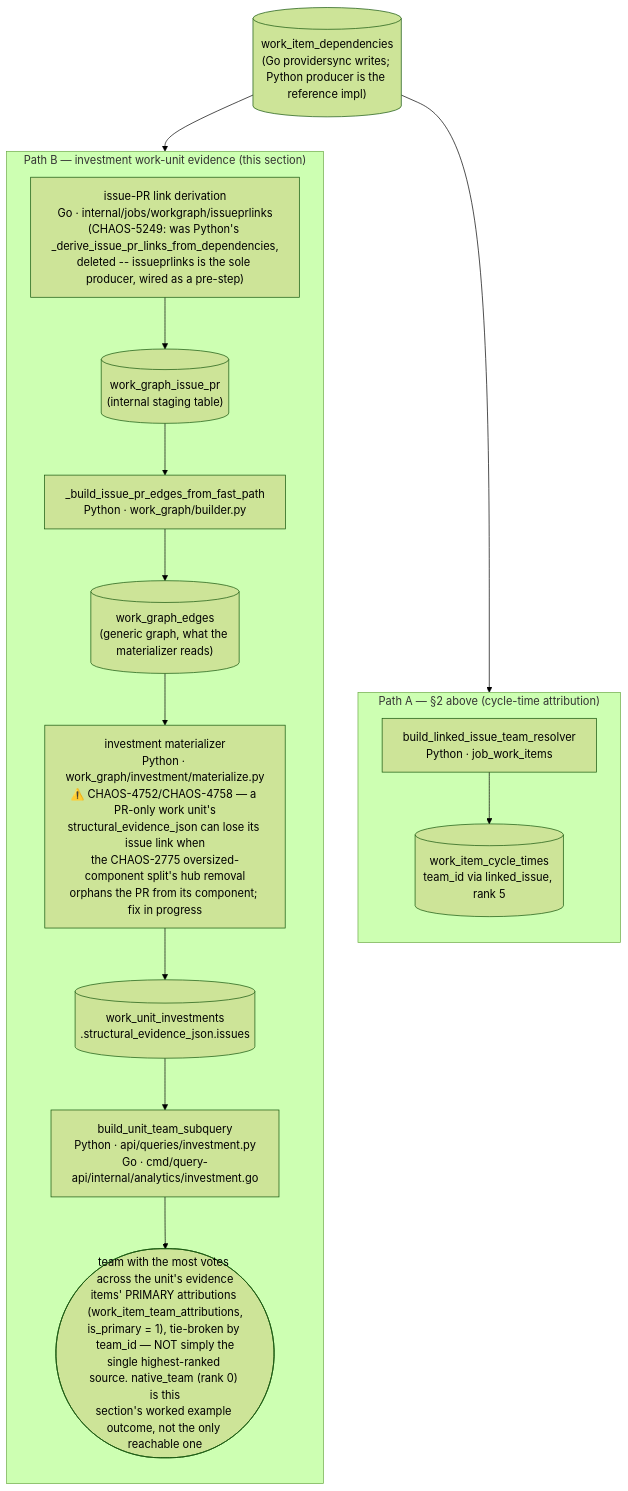
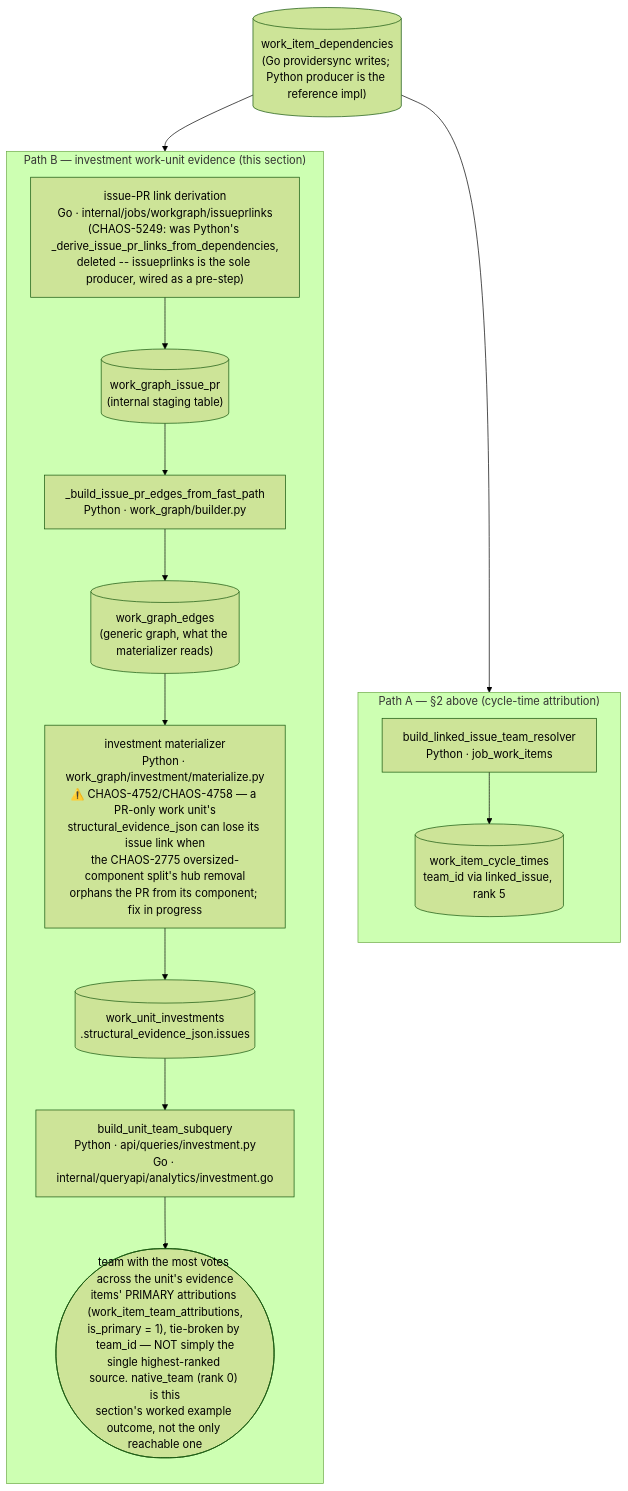
The fifth of 9 diagrams in docs/contribute/architecture/team-attribution.md (full-chaos/dev-health-ops), drawn with Mermaid (forest theme) before and after one commit. The commit also changed other lines of this file and 980 other files, not shown here.

First line of the commit message:
refactor(api): CHAOS-6432 move query-api internal packages to internal/queryapi

````diff
--- a/docs/contribute/architecture/team-attribution.md
+++ b/docs/contribute/architecture/team-attribution.md
@@ -1466,27 +1466,27 @@
 ```mermaid
 flowchart TD
     WID[("work_item_dependencies<br/>(Go providersync writes; Python producer is the reference impl)")]
 
     subgraph PathA["Path A — §2 above (cycle-time attribution)"]
         direction TB
         BuildResolver["build_linked_issue_team_resolver<br/>Python · job_work_items"]
         CycleTimes[("work_item_cycle_times<br/>team_id via linked_issue, rank 5")]
         BuildResolver --> CycleTimes
     end
 
     subgraph PathB["Path B — investment work-unit evidence (this section)"]
         direction TB
         Derive["issue-PR link derivation<br/>Go · internal/jobs/workgraph/issueprlinks<br/>(CHAOS-5249: was Python's _derive_issue_pr_links_from_dependencies,<br/>deleted -- issueprlinks is the sole producer, wired as a pre-step)"]
         WGIP[("work_graph_issue_pr<br/>(internal staging table)")]
         FastPath["_build_issue_pr_edges_from_fast_path<br/>Python · work_graph/builder.py"]
         WGE[("work_graph_edges<br/>(generic graph, what the materializer reads)")]
         Materialize["investment materializer<br/>Python · work_graph/investment/materialize.py<br/>⚠️ CHAOS-4752/CHAOS-4758 — a PR-only work unit's<br/>structural_evidence_json can lose its issue link when<br/>the CHAOS-2775 oversized-component split's hub removal<br/>orphans the PR from its component; fix in progress"]
         SEJ[("work_unit_investments<br/>.structural_evidence_json.issues")]
-        UnitTeam["build_unit_team_subquery<br/>Python · api/queries/investment.py<br/>Go · cmd/query-api/internal/analytics/investment.go"]
+        UnitTeam["build_unit_team_subquery<br/>Python · api/queries/investment.py<br/>Go · internal/queryapi/analytics/investment.go"]
         Resolved(["team with the most votes across the unit's evidence<br/>items' PRIMARY attributions (work_item_team_attributions,<br/>is_primary = 1), tie-broken by team_id — NOT simply the<br/>single highest-ranked source. native_team (rank 0) is this<br/>section's worked example outcome, not the only reachable one"])
         Derive --> WGIP --> FastPath --> WGE --> Materialize --> SEJ --> UnitTeam --> Resolved
     end
 
     WID --> BuildResolver
     WID --> Derive
 ```
````
